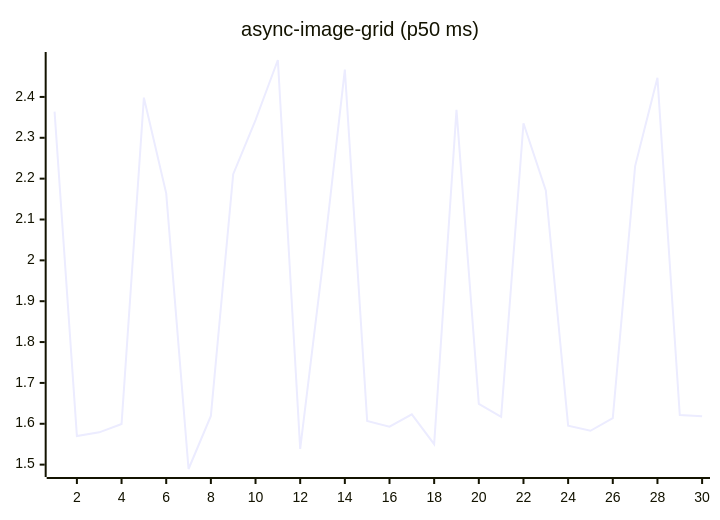
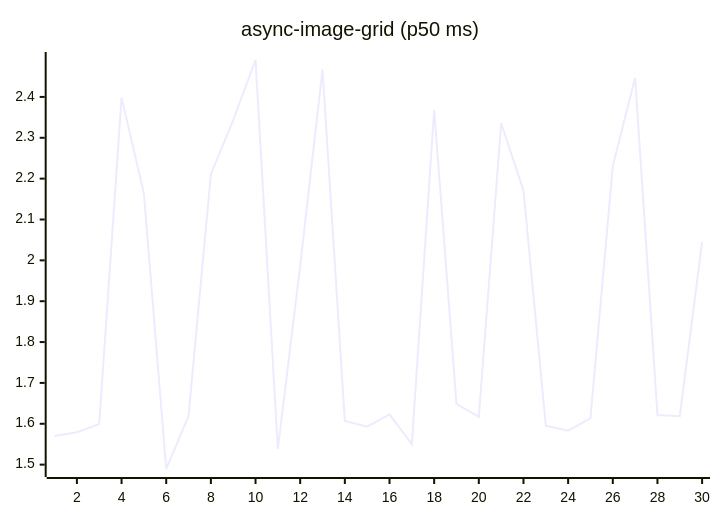
One commit to josha/Facet changed the fifth of 27 diagrams in README.md. Above: the diagram before and after it, drawn with Mermaid. The commit also changed other lines of this file and 2 other files, not shown here.

````diff
--- a/README.md
+++ b/README.md
@@ -91,6 +91,6 @@
 ```mermaid
 xychart-beta
     title "async-image-grid (p50 ms)"
     x-axis 1 --> 30
-    line [2.3640, 1.5700, 1.5790, 1.5994, 2.3982, 2.1641, 1.4893, 1.6193, 2.2110, 2.3435, 2.4904, 1.5386, 1.9864, 2.4670, 1.6066, 1.5928, 1.6229, 1.5501, 2.3685, 1.6487, 1.6169, 2.3355, 2.1710, 1.5954, 1.5829, 1.6137, 2.2308, 2.4470, 1.6216, 1.6184]
+    line [1.5700, 1.5790, 1.5994, 2.3982, 2.1641, 1.4893, 1.6193, 2.2110, 2.3435, 2.4904, 1.5386, 1.9864, 2.4670, 1.6066, 1.5928, 1.6229, 1.5501, 2.3685, 1.6487, 1.6169, 2.3355, 2.1710, 1.5954, 1.5829, 1.6137, 2.2308, 2.4470, 1.6216, 1.6184, 2.0452]
 ```
````
